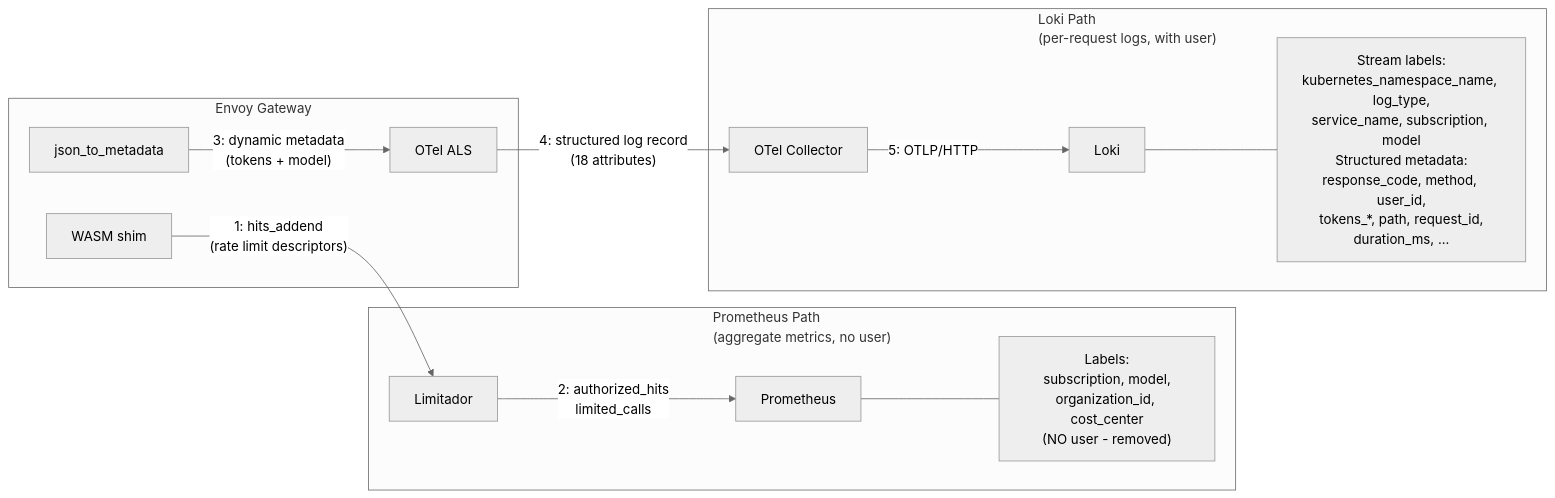
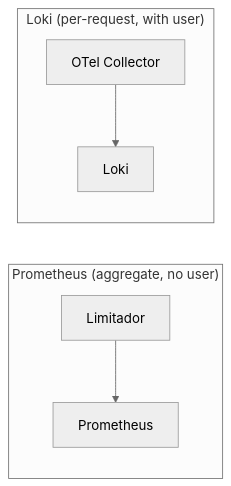
One commit to opendatahub-io/models-as-a-service changed the fourth of 4 diagrams in envoy-otel-structured-logs-plan.md. Above: the diagram before and after it, drawn with Mermaid (neutral theme). The commit also changed other lines of this file and 16 other files, not shown here.

````diff
--- a/envoy-otel-structured-logs-plan.md
+++ b/envoy-otel-structured-logs-plan.md
@@ -604,29 +137,9 @@
 ```mermaid
 flowchart LR
-    subgraph envoyBox ["Envoy Gateway"]
-        wasmFilter["WASM shim"]
-        j2mFilter["json_to_metadata"]
-        alsFilter["OTel ALS"]
+    subgraph promPath ["Prometheus (aggregate, no user)"]
+        limNode["Limitador"] --> promNode["Prometheus"]
     end
-
-    subgraph promPath ["Prometheus Path\n(aggregate metrics, no user)"]
-        limNode["Limitador"]
-        promNode["Prometheus"]
-        promLabels["Labels:\nsubscription, model,\norganization_id, cost_center\n(NO user - removed)"]
+    subgraph lokiPath ["Loki (per-request, with user)"]
+        otelNode["OTel Collector"] --> lokiNode["Loki"]
     end
-
-    subgraph lokiPath ["Loki Path\n(per-request logs, with user)"]
-        otelNode["OTel Collector"]
-        lokiNode["Loki"]
-        lokiFields["Stream labels:\nkubernetes_namespace_name, log_type,\nservice_name, subscription, model\nStructured metadata:\nresponse_code, method, user_id,\ntokens_*, path, request_id,\nduration_ms, ..."]
-    end
-
-    wasmFilter -->|"1: hits_addend\n(rate limit descriptors)"| limNode
-    limNode -->|"2: authorized_hits\nlimited_calls"| promNode
-    promNode --- promLabels
-
-    j2mFilter -->|"3: dynamic metadata\n(tokens + model)"| alsFilter
-    alsFilter -->|"4: structured log record\n(18 attributes)"| otelNode
-    otelNode -->|"5: OTLP/HTTP"| lokiNode
-    lokiNode --- lokiFields
 ```
````
